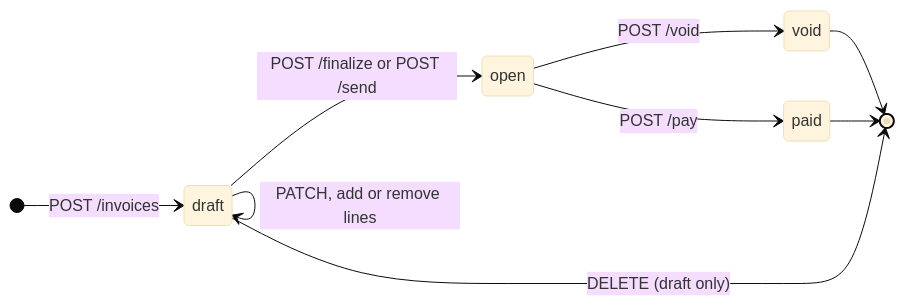
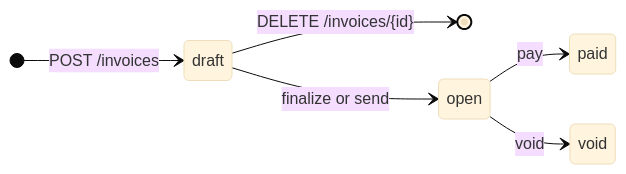
One commit to navdeepyadav19/invoice-ai changed the diagram in api-docs/invoice-lifecycle.mdx. Above: the diagram before and after it, drawn with Mermaid (base theme). The commit also changed other lines of this file and 32 other files, not shown here.

````diff
--- a/api-docs/invoice-lifecycle.mdx
+++ b/api-docs/invoice-lifecycle.mdx
@@ -9,12 +7,9 @@
 ```mermaid
 stateDiagram-v2
     direction LR
     [*] --> draft: POST /invoices
-    draft --> draft: PATCH, add or remove lines
-    draft --> [*]: DELETE (draft only)
-    draft --> open: POST /finalize or POST /send
-    open --> paid: POST /pay
-    open --> void: POST /void
-    paid --> [*]
-    void --> [*]
+    draft --> [*]: DELETE /invoices/{id}
+    draft --> open: finalize or send
+    open --> paid: pay
+    open --> void: void
 ```
````
